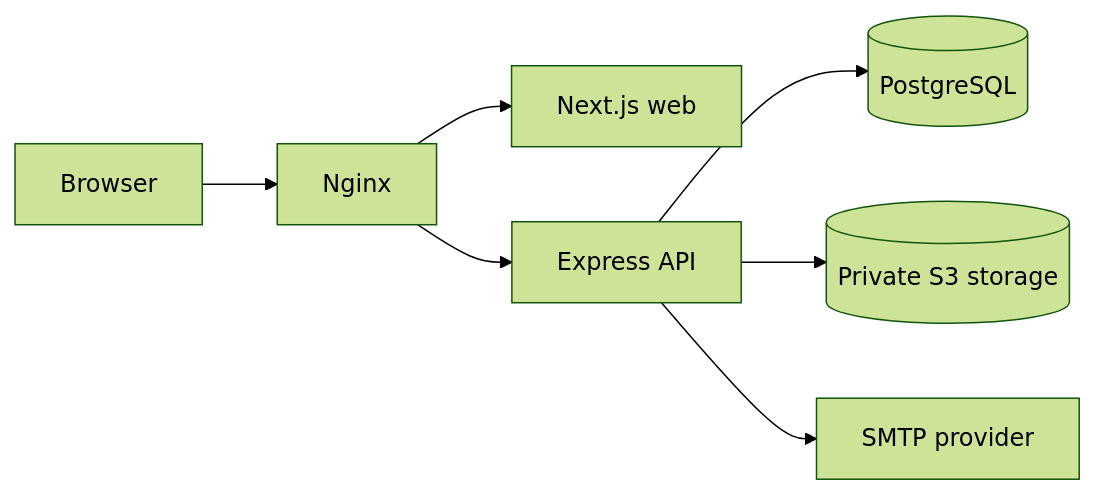
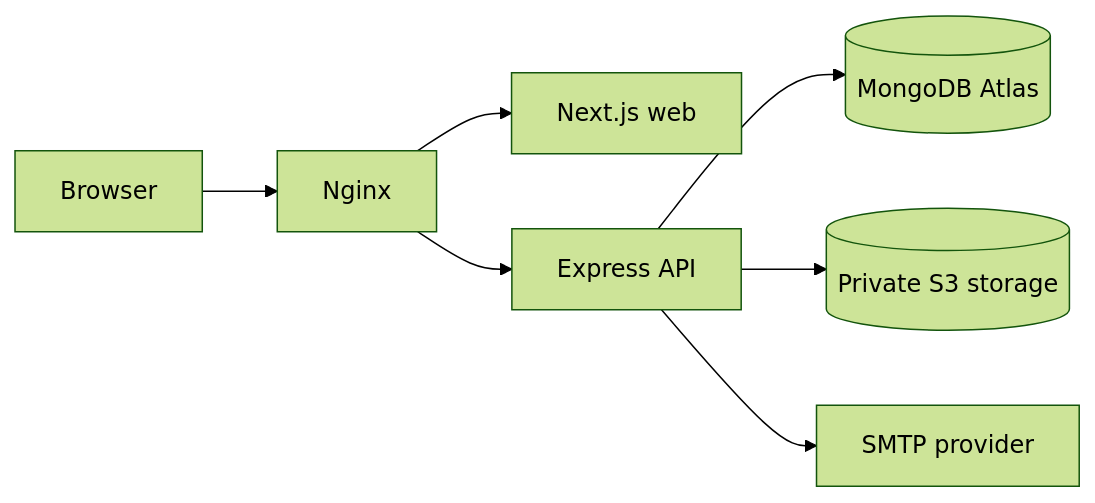
The first of 2 diagrams in docs/architecture.md (Prochivs/Morongwa), drawn with Mermaid (forest theme) before and after one commit. The commit also changed other lines of this file and 56 other files, not shown here.

Commit message:
Deploy QueueMate on Vercel with MongoDB Atlas

````diff
--- a/docs/architecture.md
+++ b/docs/architecture.md
@@ -5,9 +5,9 @@
 ```mermaid
 flowchart LR
   Browser --> Nginx
   Nginx --> Web[Next.js web]
   Nginx --> API[Express API]
-  API --> DB[(PostgreSQL)]
+  API --> DB[(MongoDB Atlas)]
   API --> Store[(Private S3 storage)]
   API --> Mail[SMTP provider]
 ```
````
